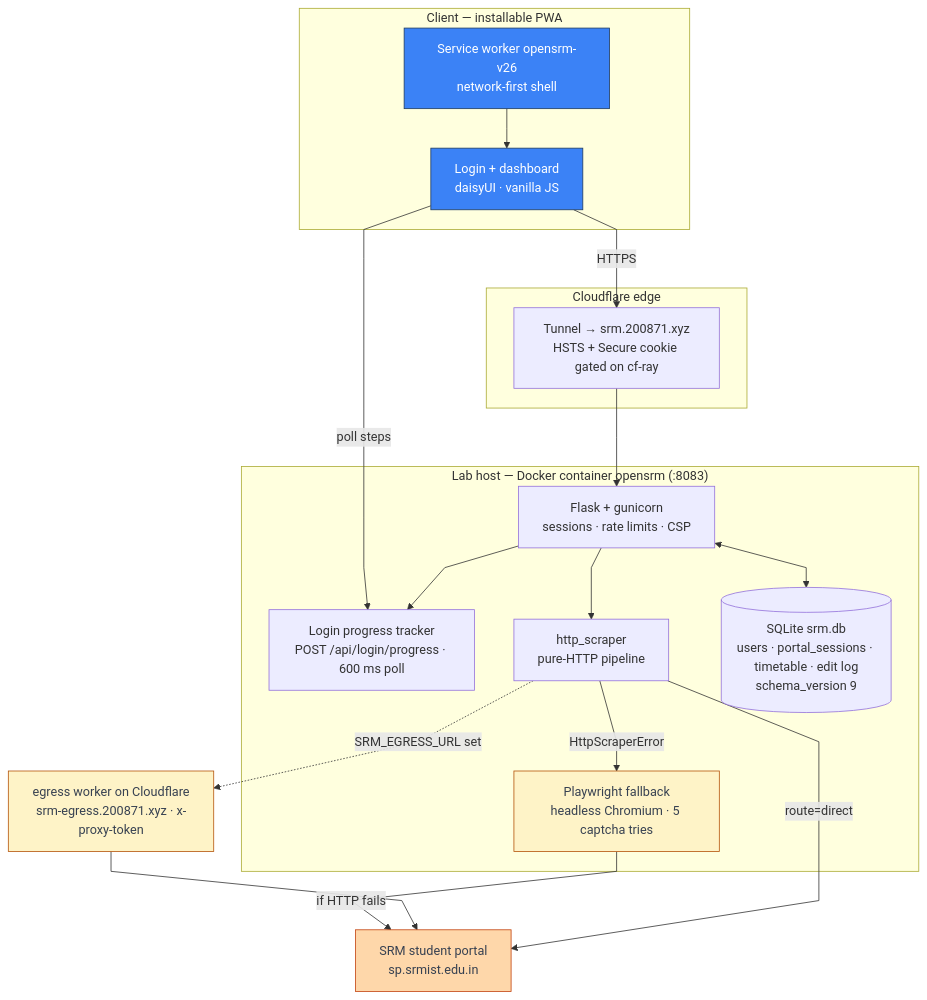
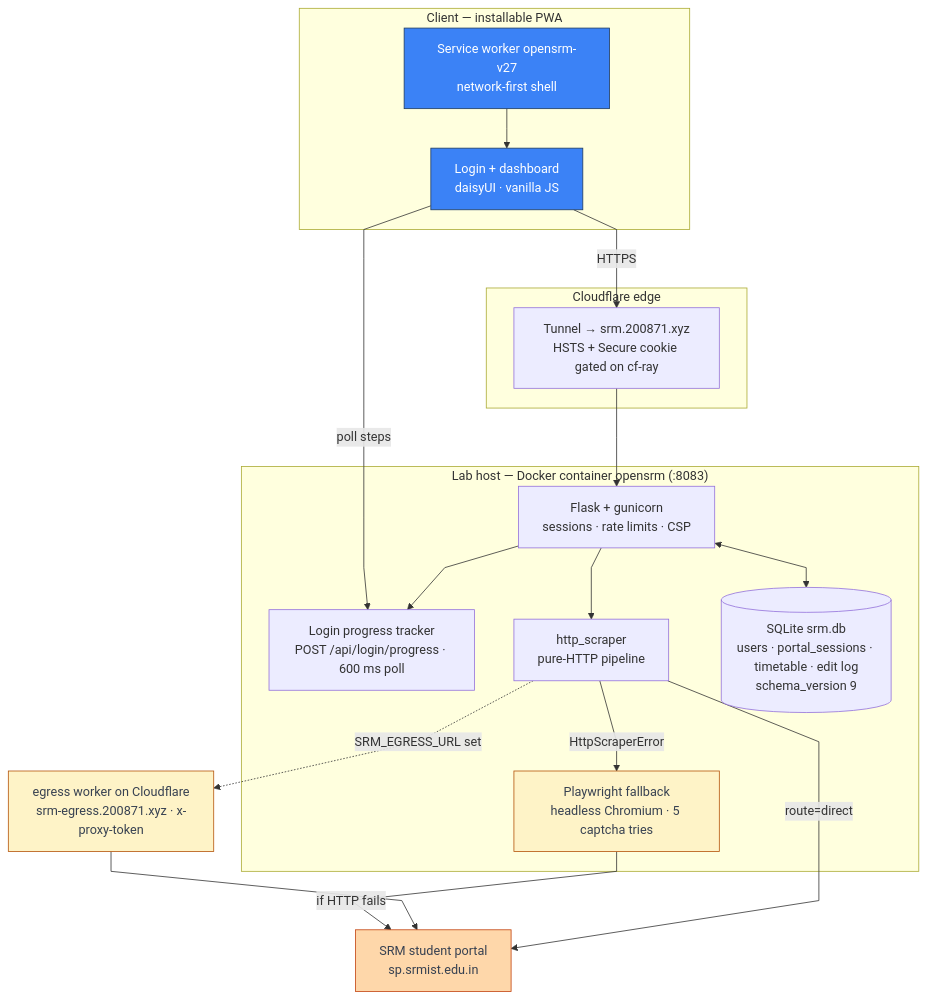
One commit to thenabbu/OpenSRM changed the first of 3 diagrams in README.md. Above: the diagram before and after it, drawn with Mermaid. The commit also changed other lines of this file and 11 other files, not shown here.

````diff
--- a/README.md
+++ b/README.md
@@ -70,43 +70,43 @@
 ```mermaid
 %%{init: {"flowchart": {"curve": "linear"}}}%%
 flowchart TD
     subgraph client["Client — installable PWA"]
         UI["Login + dashboard<br/>daisyUI · vanilla JS"]
-        SW["Service worker opensrm-v26<br/>network-first shell"]
+        SW["Service worker opensrm-v27<br/>network-first shell"]
     end
 
     subgraph edge["Cloudflare edge"]
         TUN["Tunnel → srm.200871.xyz<br/>HSTS + Secure cookie gated on cf-ray"]
     end
 
     subgraph lab["Lab host — Docker container opensrm (:8083)"]
         FL["Flask + gunicorn<br/>sessions · rate limits · CSP"]
         PROG["Login progress tracker<br/>POST /api/login/progress · 600 ms poll"]
         HS["http_scraper<br/>pure-HTTP pipeline"]
         PW["Playwright fallback<br/>headless Chromium · 5 captcha tries"]
         DB[("SQLite srm.db<br/>users · portal_sessions · timetable · edit log<br/>schema_version 9")]
         FL --> PROG
         FL <--> DB
         FL --> HS
         HS -->|"HttpScraperError"| PW
     end
 
     EG["egress worker on Cloudflare<br/>srm-egress.200871.xyz · x-proxy-token"]
     P["SRM student portal<br/>sp.srmist.edu.in"]
 
     UI -->|"HTTPS"| TUN
     TUN --> FL
     SW --> UI
     UI -->|"poll steps"| PROG
     HS -->|"route=direct"| P
     HS -.->|"SRM_EGRESS_URL set"| EG
     EG --> P
     PW -->|"if HTTP fails"| P
 
     classDef client fill:#3b82f6,stroke:#1e3a5f,color:#ffffff
     classDef conditional fill:#fef3c7,stroke:#b45309,color:#374151
     classDef external fill:#fed7aa,stroke:#c2410c,color:#374151
     class UI,SW client
     class PW,EG conditional
     class P external
 ```
````
